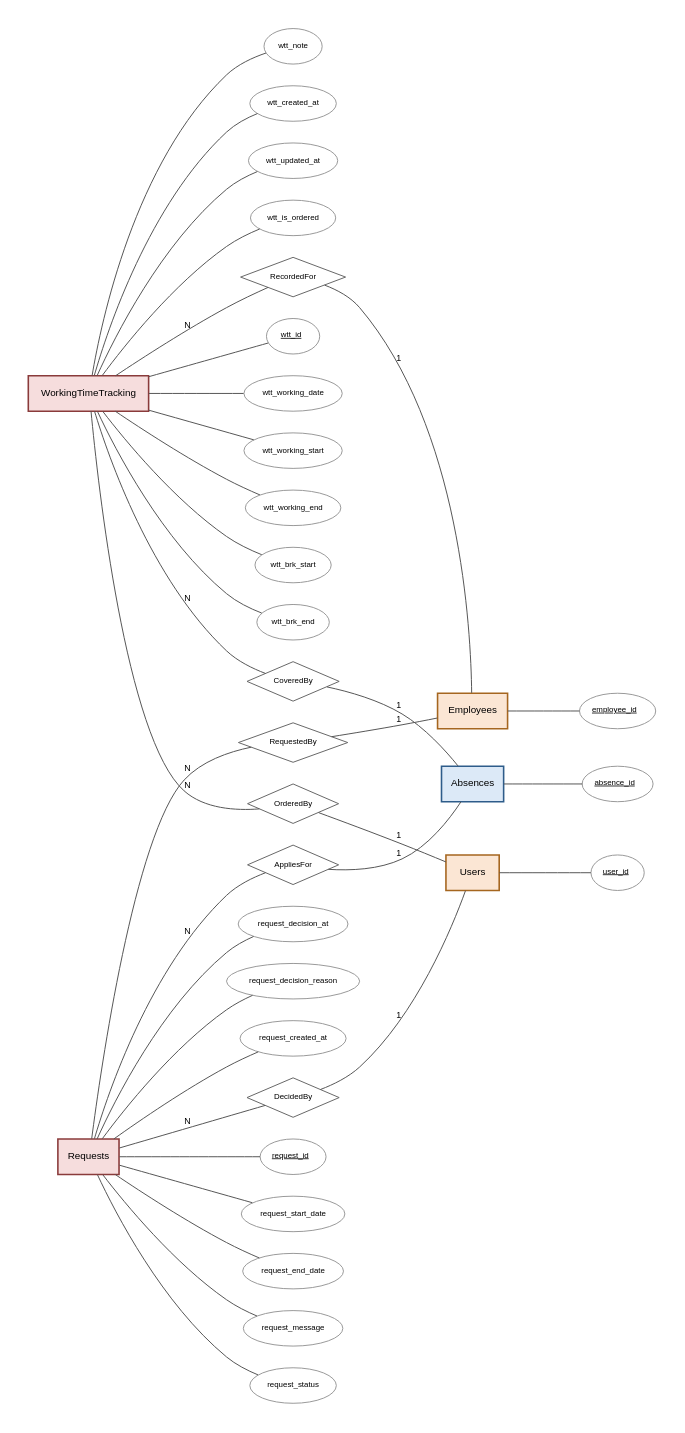
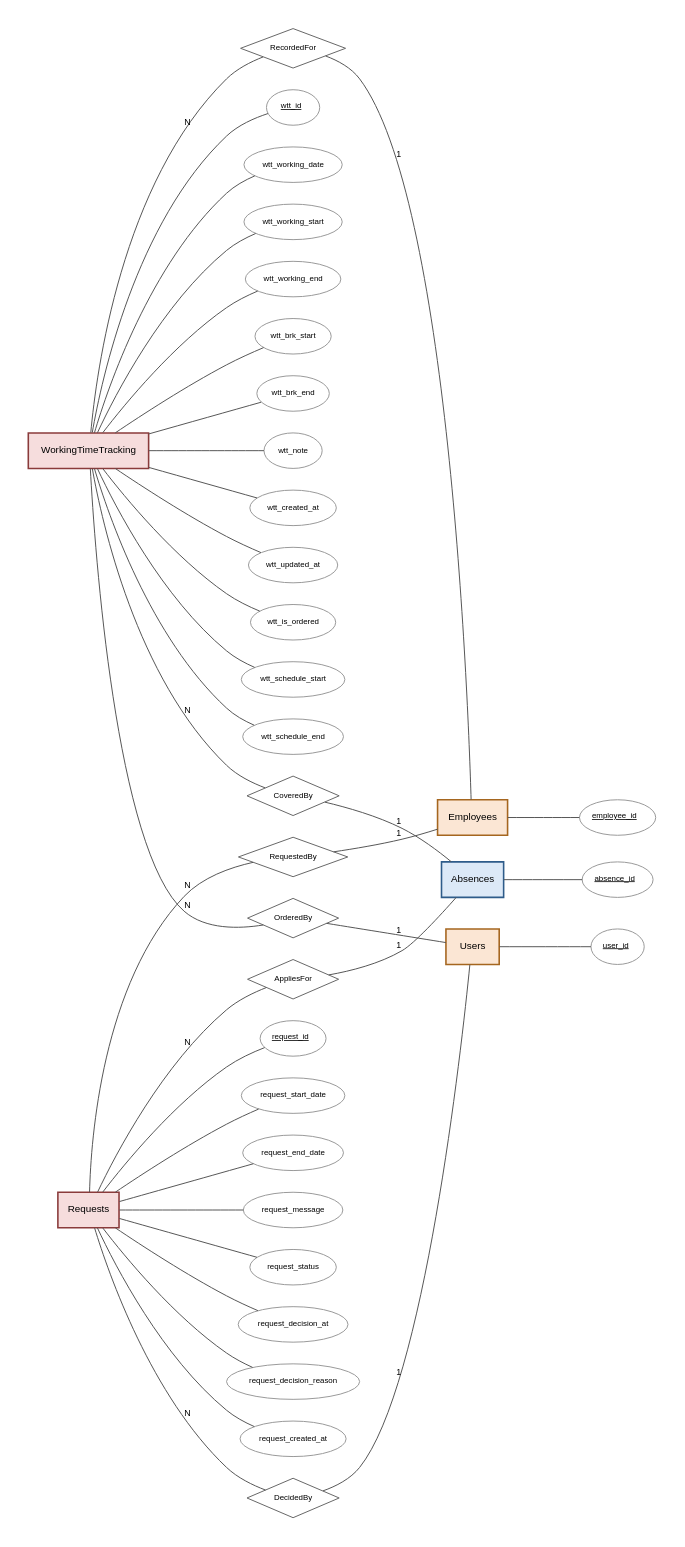
The diagram in docs/diagram/er-5-mukodes.dot (mbodigit/time_tracking_system_prototype), drawn with Graphviz before and after one commit. The commit also changed 6 other files, not shown here.

Commit message:
shore(docs): ER-diagramok újragenerálása a 007 után

```diff
--- a/docs/diagram/er-5-mukodes.dot
+++ b/docs/diagram/er-5-mukodes.dot
@@ -1,77 +1,81 @@
 graph ER {
   fontname="Helvetica";
   graph [rankdir=LR, splines=spline, nodesep=0.3, ranksep=1.0, pack=true, packmode=array, bgcolor="white", pad=0.3];
   node [fontname="Helvetica", fontsize=10];
   edge [fontname="Helvetica", fontsize=9, color="#555555"];
 
   // fókuszban lévő egyedek, minden attribútummal
   "WorkingTimeTracking" [shape=box, style="filled,bold", fillcolor="#F6DDDD", color="#8A3B3B", penwidth=1.6];
   "WorkingTimeTracking__wtt_id" [shape=ellipse, style=filled, fillcolor="white", color="#999999", fontsize=8, label=<<U>wtt_id</U>>];
   "WorkingTimeTracking" -- "WorkingTimeTracking__wtt_id" [len=0.8, weight=4];
   "WorkingTimeTracking__wtt_working_date" [shape=ellipse, style=filled, fillcolor="white", color="#999999", fontsize=8, label="wtt_working_date"];
   "WorkingTimeTracking" -- "WorkingTimeTracking__wtt_working_date" [len=0.8, weight=4];
   "WorkingTimeTracking__wtt_working_start" [shape=ellipse, style=filled, fillcolor="white", color="#999999", fontsize=8, label="wtt_working_start"];
   "WorkingTimeTracking" -- "WorkingTimeTracking__wtt_working_start" [len=0.8, weight=4];
   "WorkingTimeTracking__wtt_working_end" [shape=ellipse, style=filled, fillcolor="white", color="#999999", fontsize=8, label="wtt_working_end"];
   "WorkingTimeTracking" -- "WorkingTimeTracking__wtt_working_end" [len=0.8, weight=4];
   "WorkingTimeTracking__wtt_brk_start" [shape=ellipse, style=filled, fillcolor="white", color="#999999", fontsize=8, label="wtt_brk_start"];
   "WorkingTimeTracking" -- "WorkingTimeTracking__wtt_brk_start" [len=0.8, weight=4];
   "WorkingTimeTracking__wtt_brk_end" [shape=ellipse, style=filled, fillcolor="white", color="#999999", fontsize=8, label="wtt_brk_end"];
   "WorkingTimeTracking" -- "WorkingTimeTracking__wtt_brk_end" [len=0.8, weight=4];
   "WorkingTimeTracking__wtt_note" [shape=ellipse, style=filled, fillcolor="white", color="#999999", fontsize=8, label="wtt_note"];
   "WorkingTimeTracking" -- "WorkingTimeTracking__wtt_note" [len=0.8, weight=4];
   "WorkingTimeTracking__wtt_created_at" [shape=ellipse, style=filled, fillcolor="white", color="#999999", fontsize=8, label="wtt_created_at"];
   "WorkingTimeTracking" -- "WorkingTimeTracking__wtt_created_at" [len=0.8, weight=4];
   "WorkingTimeTracking__wtt_updated_at" [shape=ellipse, style=filled, fillcolor="white", color="#999999", fontsize=8, label="wtt_updated_at"];
   "WorkingTimeTracking" -- "WorkingTimeTracking__wtt_updated_at" [len=0.8, weight=4];
   "WorkingTimeTracking__wtt_is_ordered" [shape=ellipse, style=filled, fillcolor="white", color="#999999", fontsize=8, label="wtt_is_ordered"];
   "WorkingTimeTracking" -- "WorkingTimeTracking__wtt_is_ordered" [len=0.8, weight=4];
+  "WorkingTimeTracking__wtt_schedule_start" [shape=ellipse, style=filled, fillcolor="white", color="#999999", fontsize=8, label="wtt_schedule_start"];
+  "WorkingTimeTracking" -- "WorkingTimeTracking__wtt_schedule_start" [len=0.8, weight=4];
+  "WorkingTimeTracking__wtt_schedule_end" [shape=ellipse, style=filled, fillcolor="white", color="#999999", fontsize=8, label="wtt_schedule_end"];
+  "WorkingTimeTracking" -- "WorkingTimeTracking__wtt_schedule_end" [len=0.8, weight=4];
   "Requests" [shape=box, style="filled,bold", fillcolor="#F6DDDD", color="#8A3B3B", penwidth=1.6];
   "Requests__request_id" [shape=ellipse, style=filled, fillcolor="white", color="#999999", fontsize=8, label=<<U>request_id</U>>];
   "Requests" -- "Requests__request_id" [len=0.8, weight=4];
   "Requests__request_start_date" [shape=ellipse, style=filled, fillcolor="white", color="#999999", fontsize=8, label="request_start_date"];
   "Requests" -- "Requests__request_start_date" [len=0.8, weight=4];
   "Requests__request_end_date" [shape=ellipse, style=filled, fillcolor="white", color="#999999", fontsize=8, label="request_end_date"];
   "Requests" -- "Requests__request_end_date" [len=0.8, weight=4];
   "Requests__request_message" [shape=ellipse, style=filled, fillcolor="white", color="#999999", fontsize=8, label="request_message"];
   "Requests" -- "Requests__request_message" [len=0.8, weight=4];
   "Requests__request_status" [shape=ellipse, style=filled, fillcolor="white", color="#999999", fontsize=8, label="request_status"];
   "Requests" -- "Requests__request_status" [len=0.8, weight=4];
   "Requests__request_decision_at" [shape=ellipse, style=filled, fillcolor="white", color="#999999", fontsize=8, label="request_decision_at"];
   "Requests" -- "Requests__request_decision_at" [len=0.8, weight=4];
   "Requests__request_decision_reason" [shape=ellipse, style=filled, fillcolor="white", color="#999999", fontsize=8, label="request_decision_reason"];
   "Requests" -- "Requests__request_decision_reason" [len=0.8, weight=4];
   "Requests__request_created_at" [shape=ellipse, style=filled, fillcolor="white", color="#999999", fontsize=8, label="request_created_at"];
   "Requests" -- "Requests__request_created_at" [len=0.8, weight=4];
 
   // kapcsolódó egyedek, csak az elsődleges kulccsal
   "Absences" [shape=box, style="filled,bold", fillcolor="#DCE9F7", color="#2E5C8A", penwidth=1.6];
   "Absences__absence_id" [shape=ellipse, style=filled, fillcolor="white", color="#999999", fontsize=8, label=<<U>absence_id</U>>];
   "Absences" -- "Absences__absence_id" [len=0.8, weight=4];
   "Employees" [shape=box, style="filled,bold", fillcolor="#FBE6D4", color="#A5661F", penwidth=1.6];
   "Employees__employee_id" [shape=ellipse, style=filled, fillcolor="white", color="#999999", fontsize=8, label=<<U>employee_id</U>>];
   "Employees" -- "Employees__employee_id" [len=0.8, weight=4];
   "Users" [shape=box, style="filled,bold", fillcolor="#FBE6D4", color="#A5661F", penwidth=1.6];
   "Users__user_id" [shape=ellipse, style=filled, fillcolor="white", color="#999999", fontsize=8, label=<<U>user_id</U>>];
   "Users" -- "Users__user_id" [len=0.8, weight=4];
 
   // kapcsolatok
   "R_fk_wtt_employee" [shape=diamond, style=filled, fillcolor="white", color="#666666", fontsize=8, label="RecordedFor", width=1.0, height=0.55];
   "WorkingTimeTracking" -- "R_fk_wtt_employee" [label="N", len=2.4];
   "R_fk_wtt_employee" -- "Employees" [label="1", len=2.4];
   "R_fk_wtt_absence" [shape=diamond, style=filled, fillcolor="white", color="#666666", fontsize=8, label="CoveredBy", width=1.0, height=0.55];
   "WorkingTimeTracking" -- "R_fk_wtt_absence" [label="N", len=2.4];
   "R_fk_wtt_absence" -- "Absences" [label="1", len=2.4];
   "R_fk_wtt_ordered_by" [shape=diamond, style=filled, fillcolor="white", color="#666666", fontsize=8, label="OrderedBy", width=1.0, height=0.55];
   "WorkingTimeTracking" -- "R_fk_wtt_ordered_by" [label="N", len=2.4];
   "R_fk_wtt_ordered_by" -- "Users" [label="1", len=2.4];
   "R_fk_request_employee" [shape=diamond, style=filled, fillcolor="white", color="#666666", fontsize=8, label="RequestedBy", width=1.0, height=0.55];
   "Requests" -- "R_fk_request_employee" [label="N", len=2.4];
   "R_fk_request_employee" -- "Employees" [label="1", len=2.4];
   "R_fk_request_absence" [shape=diamond, style=filled, fillcolor="white", color="#666666", fontsize=8, label="AppliesFor", width=1.0, height=0.55];
   "Requests" -- "R_fk_request_absence" [label="N", len=2.4];
   "R_fk_request_absence" -- "Absences" [label="1", len=2.4];
   "R_fk_request_decision_by" [shape=diamond, style=filled, fillcolor="white", color="#666666", fontsize=8, label="DecidedBy", width=1.0, height=0.55];
   "Requests" -- "R_fk_request_decision_by" [label="N", len=2.4];
   "R_fk_request_decision_by" -- "Users" [label="1", len=2.4];
 }
```
